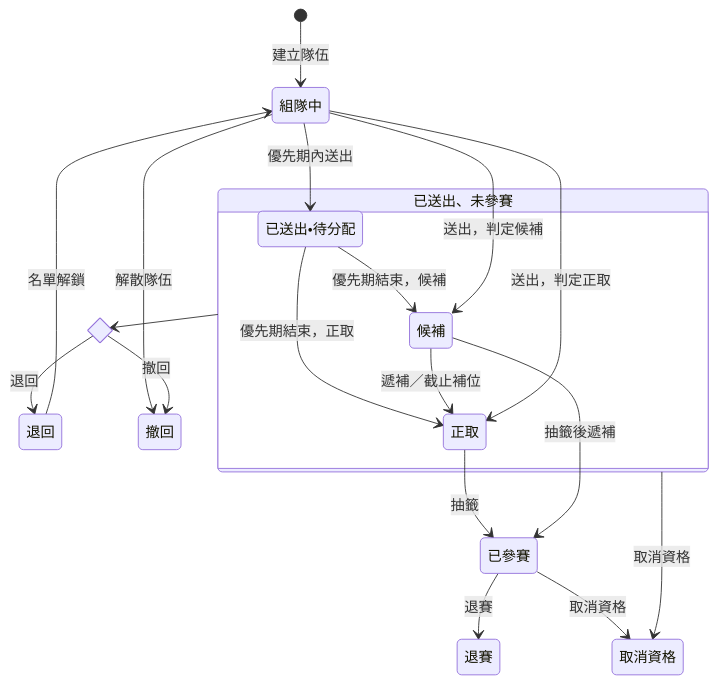
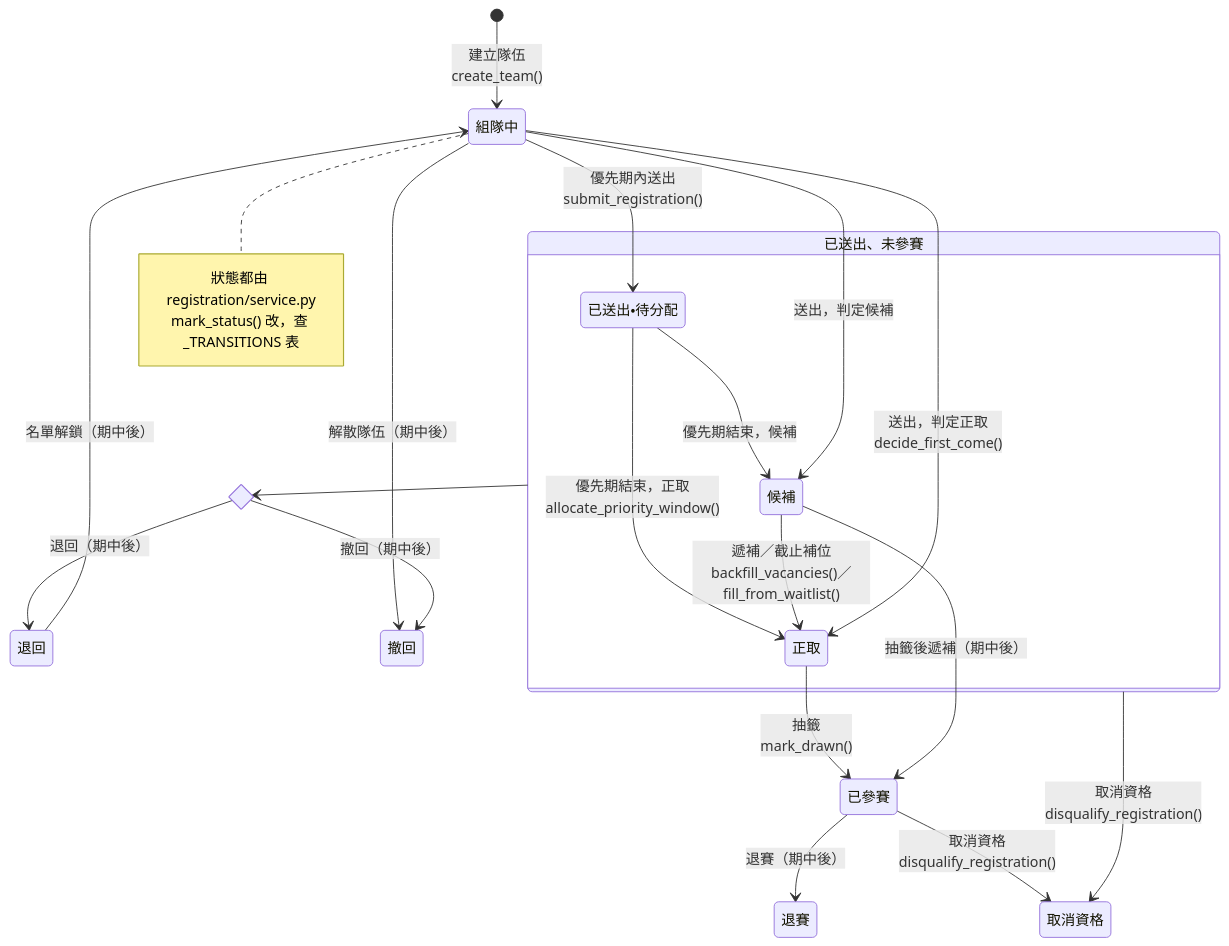
Before and after one commit to Team14good/esport-platform: the second of 19 diagrams in docs/midterm/B-軟體需求分析文件.md, drawn with Mermaid. The commit also changed other lines of this file and 15 other files, not shown here.

First line of the commit message:
docs: 圖上標註對應的程式檔、函式與使用案例編號 (#91)

````diff
--- a/docs/midterm/B-軟體需求分析文件.md
+++ b/docs/midterm/B-軟體需求分析文件.md
@@ -609,32 +614,36 @@
 ```mermaid
 stateDiagram-v2
   state "組隊中" as forming
   state "退回" as rejected
   state "撤回" as withdrawn
   state "退賽" as retired
   state "取消資格" as disqualified
   state "已參賽" as drawn
   state leave <<choice>>
   state "已送出、未參賽" as notdrawn {
     state "已送出・待分配" as pending
     state "正取" as accepted
     state "候補" as waitlisted
-    pending --> accepted : 優先期結束，正取
+    pending --> accepted : 優先期結束，正取<br/>allocate_priority_window()
     pending --> waitlisted : 優先期結束，候補
-    waitlisted --> accepted : 遞補／截止補位
+    waitlisted --> accepted : 遞補／截止補位<br/>backfill_vacancies()／fill_from_waitlist()
   }
-  [*] --> forming : 建立隊伍
-  forming --> pending : 優先期內送出
-  forming --> accepted : 送出，判定正取
+  [*] --> forming : 建立隊伍<br/>create_team()
+  forming --> pending : 優先期內送出<br/>submit_registration()
+  forming --> accepted : 送出，判定正取<br/>decide_first_come()
   forming --> waitlisted : 送出，判定候補
-  forming --> withdrawn : 解散隊伍
-  accepted --> drawn : 抽籤
-  waitlisted --> drawn : 抽籤後遞補
+  forming --> withdrawn : 解散隊伍（期中後）
+  accepted --> drawn : 抽籤<br/>mark_drawn()
+  waitlisted --> drawn : 抽籤後遞補（期中後）
   notdrawn --> leave
-  leave --> rejected : 退回
-  leave --> withdrawn : 撤回
-  notdrawn --> disqualified : 取消資格
-  rejected --> forming : 名單解鎖
-  drawn --> retired : 退賽
-  drawn --> disqualified : 取消資格
+  leave --> rejected : 退回（期中後）
+  leave --> withdrawn : 撤回（期中後）
+  notdrawn --> disqualified : 取消資格<br/>disqualify_registration()
+  rejected --> forming : 名單解鎖（期中後）
+  drawn --> retired : 退賽（期中後）
+  drawn --> disqualified : 取消資格<br/>disqualify_registration()
+  note right of forming
+    狀態都由 registration/service.py
+    mark_status() 改，查 _TRANSITIONS 表
+  end note
 ```
````
